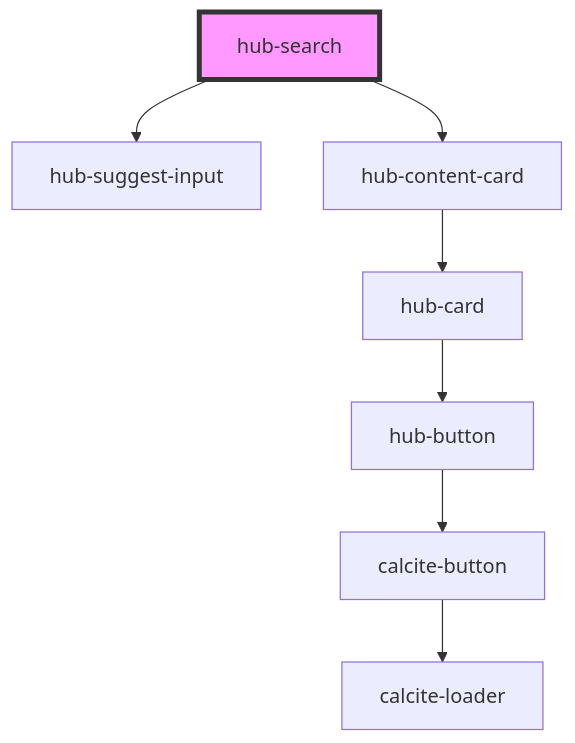
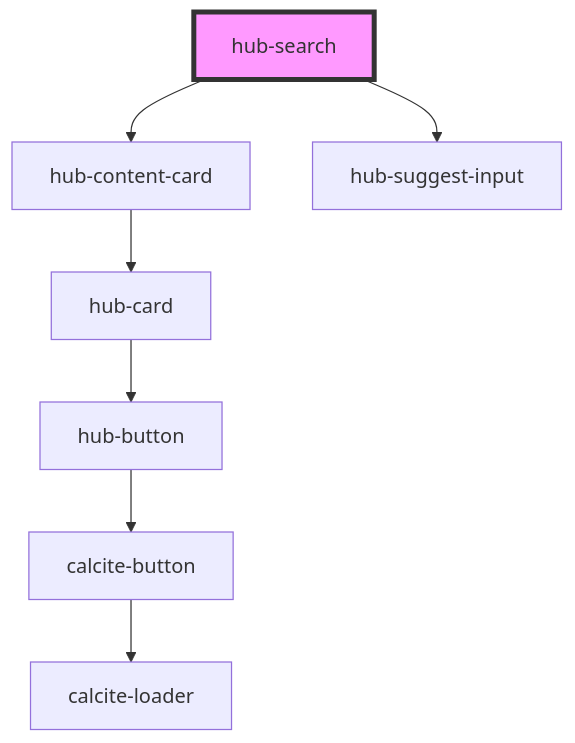
Before and after one commit to esridc/hub-components-experiments: the diagram in src/components/hub-search/readme.md, drawn with Mermaid. The commit also changed other lines of this file and 4 other files, not shown here.

````diff
--- a/src/components/hub-search/readme.md
+++ b/src/components/hub-search/readme.md
@@ -24,10 +25,10 @@
 ```mermaid
 graph TD;
+  hub-search --> hub-content-card
   hub-search --> hub-suggest-input
-  hub-search --> hub-content-card
   hub-content-card --> hub-card
   hub-card --> hub-button
   hub-button --> calcite-button
   calcite-button --> calcite-loader
   style hub-search fill:#f9f,stroke:#333,stroke-width:4px
 ```
````
